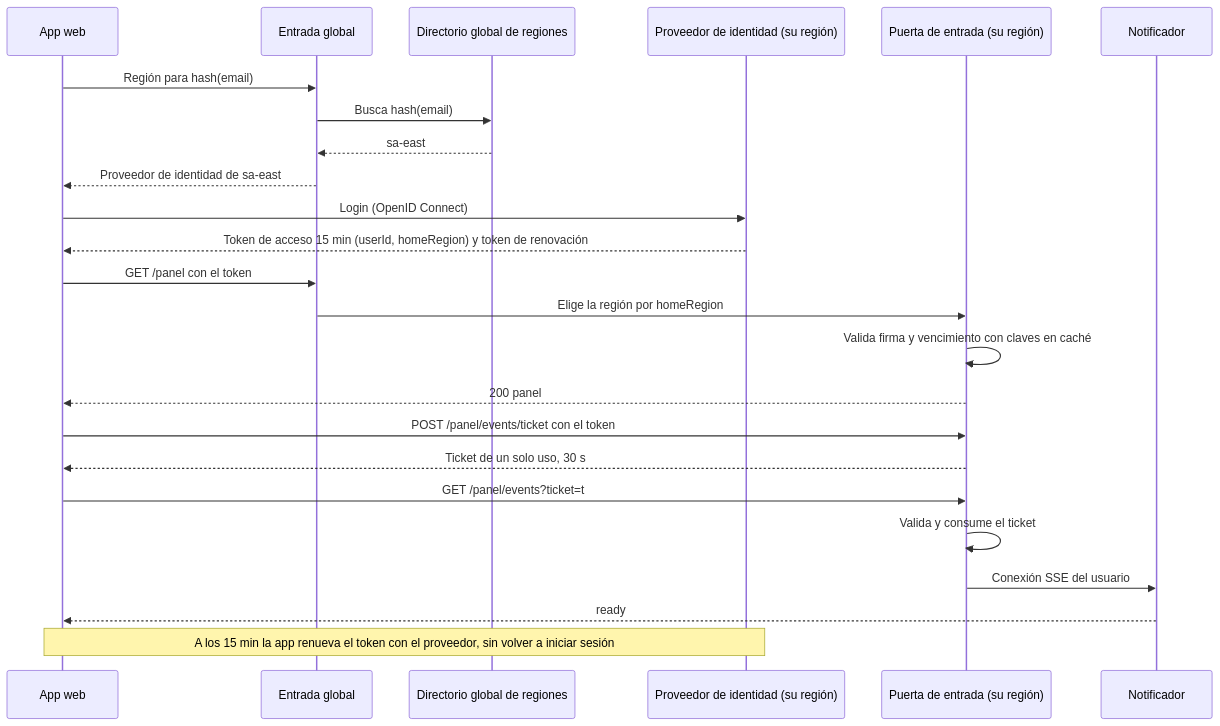
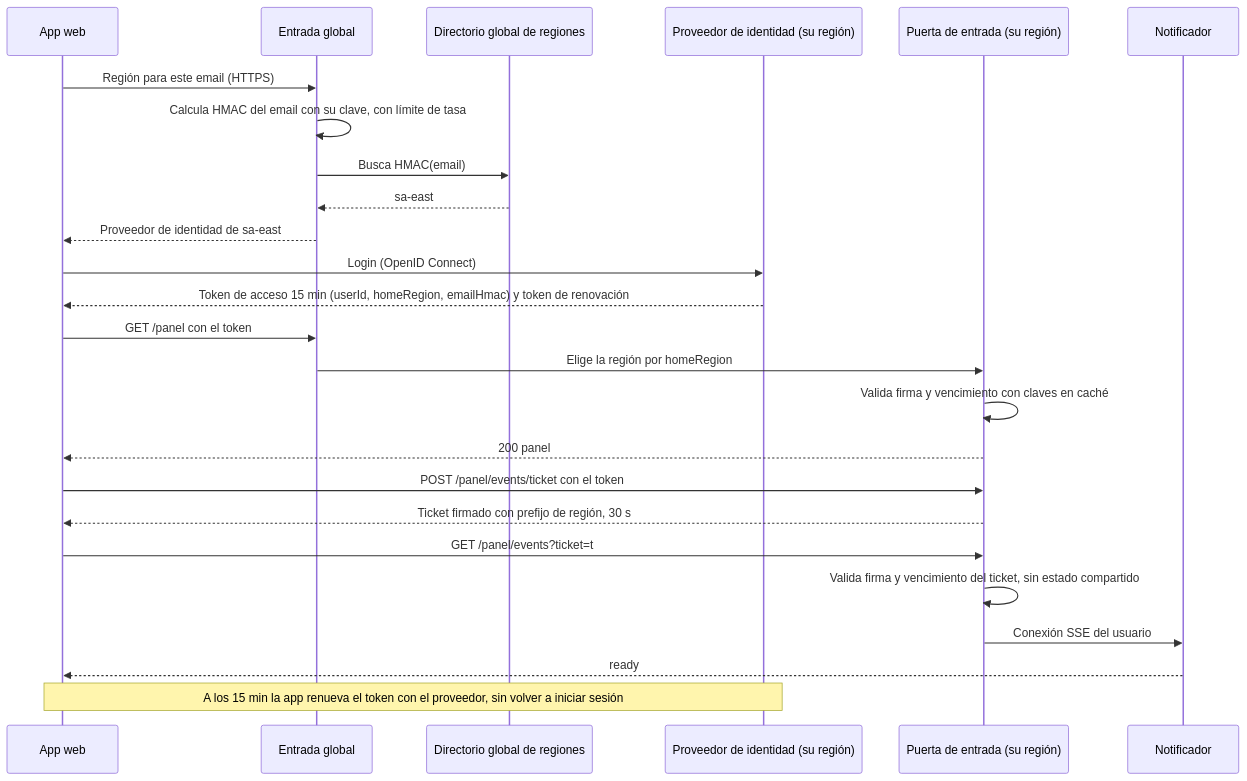
Before and after one commit to TadeoBrun1/TPE_software: the fifth of 5 diagrams in trotamundos/docs/02-views/sequence-views.md, drawn with Mermaid. The commit also changed other lines of this file and 32 other files, not shown here.

````diff
--- a/trotamundos/docs/02-views/sequence-views.md
+++ b/trotamundos/docs/02-views/sequence-views.md
@@ -162,26 +172,27 @@
 ```mermaid
 sequenceDiagram
     participant App as App web
     participant E as Entrada global
     participant DIR as Directorio global de regiones
     participant IDP as Proveedor de identidad (su región)
     participant G as Puerta de entrada (su región)
     participant NT as Notificador
-    App->>E: Región para hash(email)
-    E->>DIR: Busca hash(email)
+    App->>E: Región para este email (HTTPS)
+    E->>E: Calcula HMAC del email con su clave, con límite de tasa
+    E->>DIR: Busca HMAC(email)
     DIR-->>E: sa-east
     E-->>App: Proveedor de identidad de sa-east
     App->>IDP: Login (OpenID Connect)
-    IDP-->>App: Token de acceso 15 min (userId, homeRegion) y token de renovación
+    IDP-->>App: Token de acceso 15 min (userId, homeRegion, emailHmac) y token de renovación
     App->>E: GET /panel con el token
     E->>G: Elige la región por homeRegion
     G->>G: Valida firma y vencimiento con claves en caché
     G-->>App: 200 panel
     App->>G: POST /panel/events/ticket con el token
-    G-->>App: Ticket de un solo uso, 30 s
+    G-->>App: Ticket firmado con prefijo de región, 30 s
     App->>G: GET /panel/events?ticket=t
-    G->>G: Valida y consume el ticket
+    G->>G: Valida firma y vencimiento del ticket, sin estado compartido
     G->>NT: Conexión SSE del usuario
     NT-->>App: ready
     Note over App,IDP: A los 15 min la app renueva el token con el proveedor, sin volver a iniciar sesión
 ```
````
